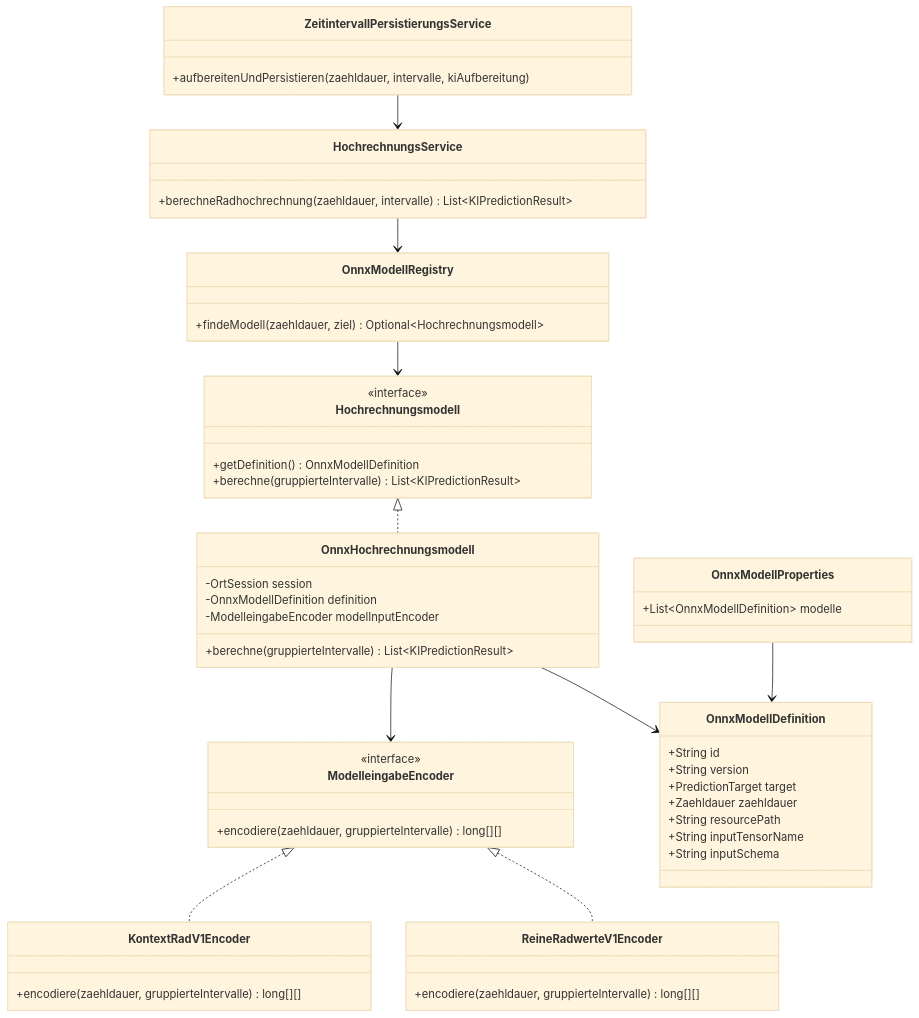
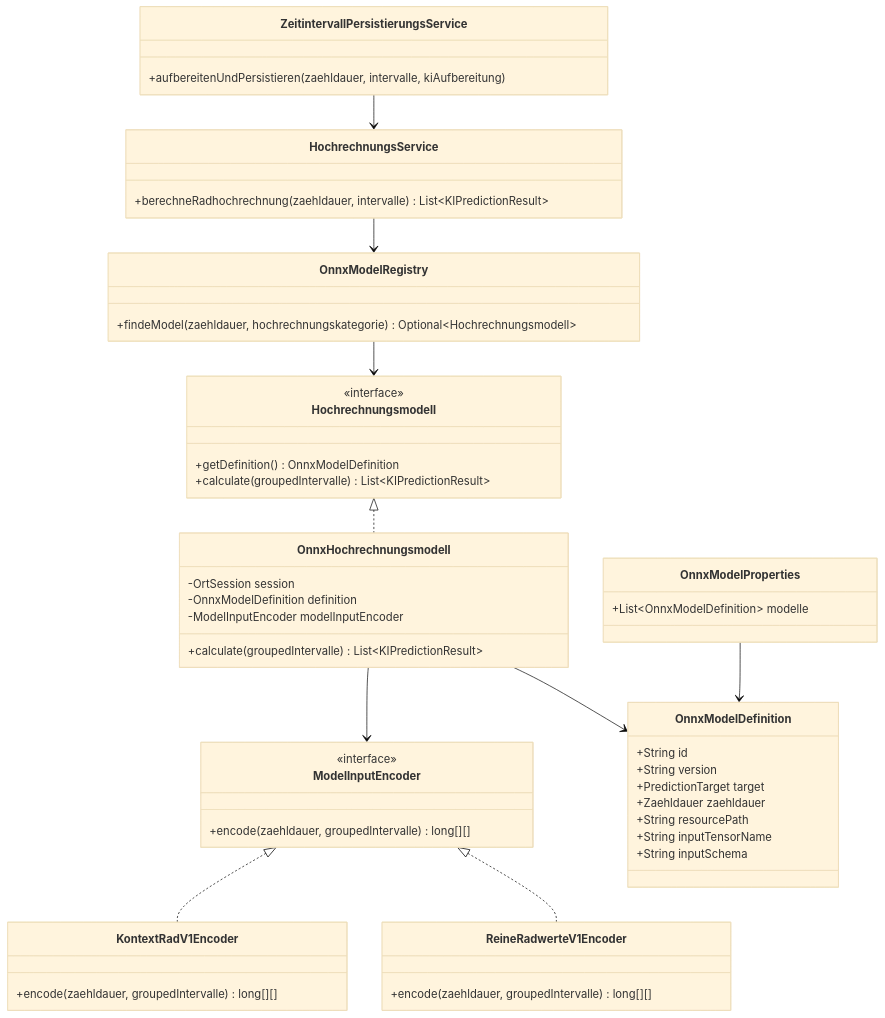
The diagram in docs/plan-ki-rad-hochrechnung-13h-16h.md (it-at-m/dave-backend), drawn with Mermaid (base theme) before and after one commit. The commit also changed other lines of this file and 4 other files, not shown here.

Commit message:
test reine radwerte modell + spotless

````diff
--- a/docs/plan-ki-rad-hochrechnung-13h-16h.md
+++ b/docs/plan-ki-rad-hochrechnung-13h-16h.md
@@ -41,64 +41,64 @@
 ```mermaid
 classDiagram
     class ZeitintervallPersistierungsService {
         +aufbereitenUndPersistieren(zaehldauer, intervalle, kiAufbereitung)
     }
 
     class HochrechnungsService {
         +berechneRadhochrechnung(zaehldauer, intervalle) List~KIPredictionResult~
     }
 
-    class OnnxModellRegistry {
-        +findeModell(zaehldauer, ziel) Optional~Hochrechnungsmodell~
+    class OnnxModelRegistry {
+        +findeModel(zaehldauer, hochrechnungskategorie) Optional~Hochrechnungsmodell~
     }
 
     class Hochrechnungsmodell {
         <<interface>>
-        +getDefinition() OnnxModellDefinition
-        +berechne(gruppierteIntervalle) List~KIPredictionResult~
+        +getDefinition() OnnxModelDefinition
+        +calculate(groupedIntervalle) List~KIPredictionResult~
     }
 
     class OnnxHochrechnungsmodell {
         -OrtSession session
-        -OnnxModellDefinition definition
-        -ModelleingabeEncoder modelInputEncoder
-        +berechne(gruppierteIntervalle) List~KIPredictionResult~
+        -OnnxModelDefinition definition
+        -ModelInputEncoder modelInputEncoder
+        +calculate(groupedIntervalle) List~KIPredictionResult~
     }
 
-    class ModelleingabeEncoder {
+    class ModelInputEncoder {
         <<interface>>
-        +encodiere(zaehldauer, gruppierteIntervalle) long[][]
+        +encode(zaehldauer, groupedIntervalle) long[][]
     }
 
     class KontextRadV1Encoder {
-        +encodiere(zaehldauer, gruppierteIntervalle) long[][]
+        +encode(zaehldauer, groupedIntervalle) long[][]
     }
 
     class ReineRadwerteV1Encoder {
-        +encodiere(zaehldauer, gruppierteIntervalle) long[][]
+        +encode(zaehldauer, groupedIntervalle) long[][]
     }
 
-    class OnnxModellDefinition {
+    class OnnxModelDefinition {
         +String id
         +String version
         +PredictionTarget target
         +Zaehldauer zaehldauer
         +String resourcePath
         +String inputTensorName
         +String inputSchema
     }
 
-    class OnnxModellProperties {
-        +List~OnnxModellDefinition~ modelle
+    class OnnxModelProperties {
+        +List~OnnxModelDefinition~ modelle
     }
 
     ZeitintervallPersistierungsService --> HochrechnungsService
-    HochrechnungsService --> OnnxModellRegistry
-    OnnxModellRegistry --> Hochrechnungsmodell
+    HochrechnungsService --> OnnxModelRegistry
+    OnnxModelRegistry --> Hochrechnungsmodell
     Hochrechnungsmodell <|.. OnnxHochrechnungsmodell
-    OnnxHochrechnungsmodell --> OnnxModellDefinition
-    OnnxHochrechnungsmodell --> ModelleingabeEncoder
-    ModelleingabeEncoder <|.. KontextRadV1Encoder
-    ModelleingabeEncoder <|.. ReineRadwerteV1Encoder
-    OnnxModellProperties --> OnnxModellDefinition
+    OnnxHochrechnungsmodell --> OnnxModelDefinition
+    OnnxHochrechnungsmodell --> ModelInputEncoder
+    ModelInputEncoder <|.. KontextRadV1Encoder
+    ModelInputEncoder <|.. ReineRadwerteV1Encoder
+    OnnxModelProperties --> OnnxModelDefinition
 ```
````
